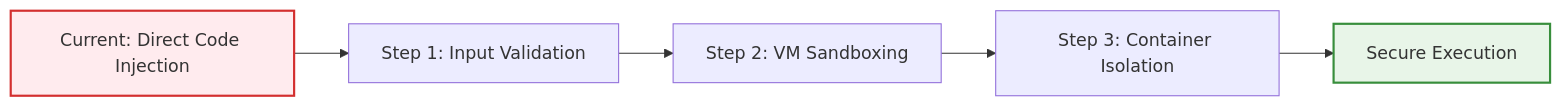
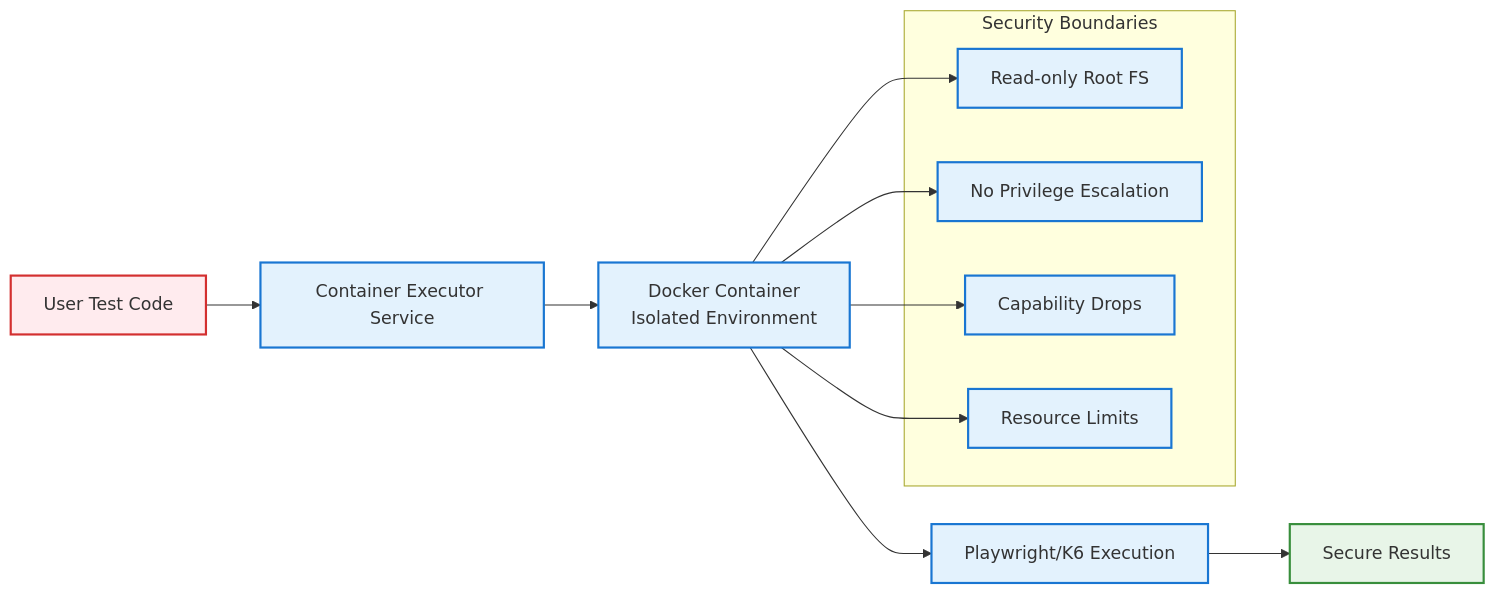
Before and after one commit to supercheck-io/supercheck: the first of 12 diagrams in specs/SECURITY_RECOMMENDATIONS.md, drawn with Mermaid. The commit also changed other lines of this file and 14 other files, not shown here.

````diff
--- a/specs/SECURITY_RECOMMENDATIONS.md
+++ b/specs/SECURITY_RECOMMENDATIONS.md
@@ -83,13 +95,24 @@
 ```mermaid
 graph LR
-    A[Current: Direct Code Injection] --> B[Step 1: Input Validation]
-    B --> C[Step 2: VM Sandboxing]
-    C --> D[Step 3: Container Isolation]
-    D --> E[Secure Execution]
+    A[User Test Code] --> B[Container Executor Service]
+    B --> C[Docker Container<br/>Isolated Environment]
+    C --> D[Playwright/K6 Execution]
+    D --> E[Secure Results]
+
+    subgraph "Security Boundaries"
+        F[Read-only Root FS]
+        G[No Privilege Escalation]
+        H[Capability Drops]
+        I[Resource Limits]
+    end
+
+    C --> F & G & H & I
 
     classDef danger fill:#ffebee,stroke:#d32f2f,stroke-width:2px
     classDef safe fill:#e8f5e8,stroke:#388e3c,stroke-width:2px
+    classDef implemented fill:#e3f2fd,stroke:#1976d2,stroke-width:2px
 
     class A danger
     class E safe
+    class B,C,D,F,G,H,I implemented
 ```
````
